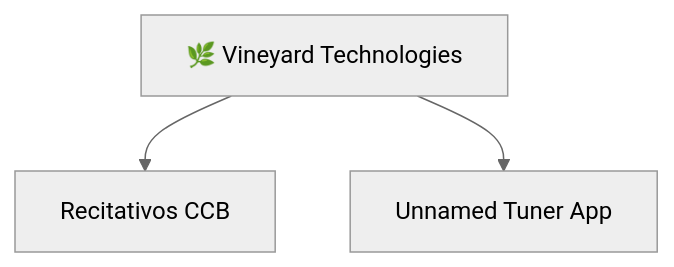
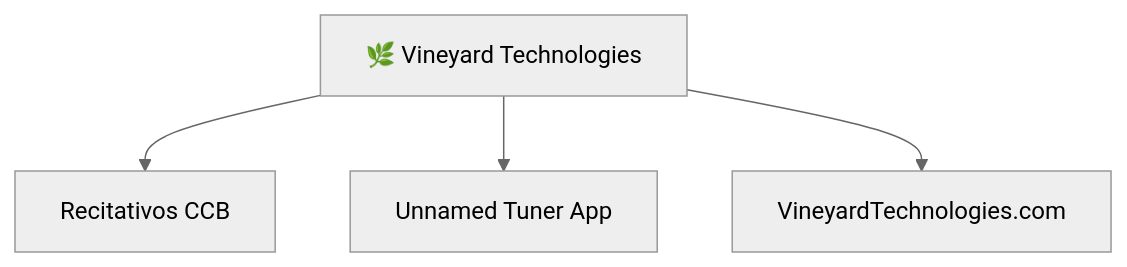
One commit to Vineyard-Technologies/.github changed the diagram in profile/README.md. Above: the diagram before and after it, drawn with Mermaid (neutral theme).

````diff
--- a/profile/README.md
+++ b/profile/README.md
@@ -36,5 +36,6 @@
 ```mermaid
 graph TD
     A[🌿 Vineyard Technologies] --> B[Recitativos CCB]
     A --> C[Unnamed Tuner App]
+    A --> D[VineyardTechnologies.com]
 ```
````
